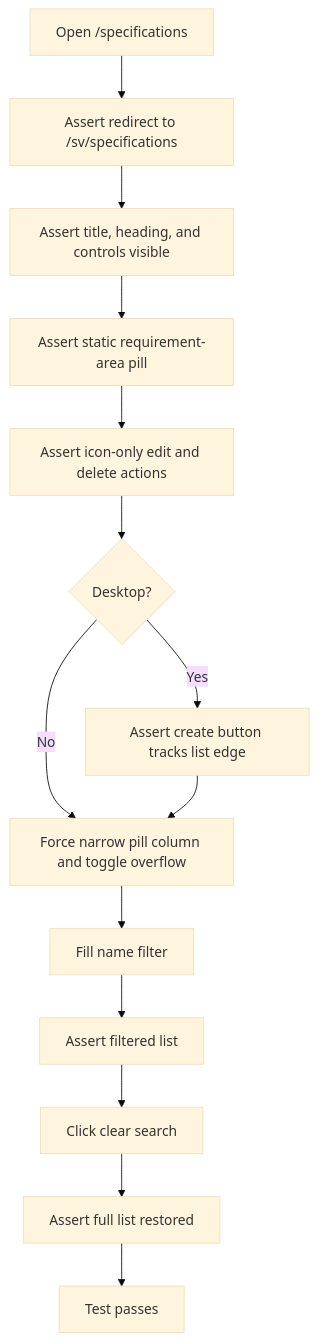
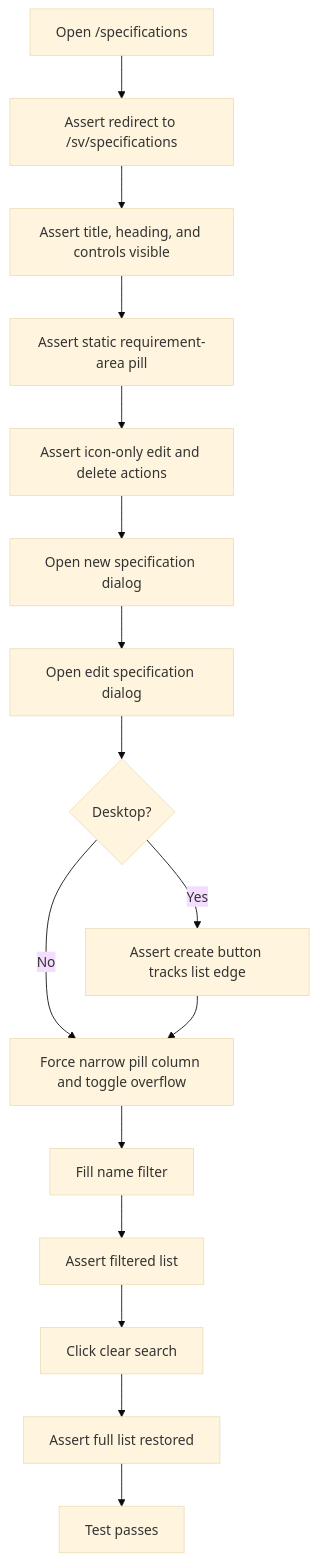
One commit to viscalyx/Kravhantering changed the first of 3 diagrams in tests/integration/specifications-list.md. Above: the diagram before and after it, drawn with Mermaid (base theme). The commit also changed other lines of this file and 28 other files, not shown here.

````diff
--- a/tests/integration/specifications-list.md
+++ b/tests/integration/specifications-list.md
@@ -15,16 +16,18 @@
 ```mermaid
 flowchart TD
     A[Open /specifications] --> A1[Assert redirect to /sv/specifications]
     A1 --> B[Assert title, heading, and controls visible]
     B --> B1[Assert static requirement-area pill]
     B1 --> B2[Assert icon-only edit and delete actions]
-    B2 --> C{Desktop?}
+    B2 --> B3[Open new specification dialog]
+    B3 --> B4[Open edit specification dialog]
+    B4 --> C{Desktop?}
     C -- Yes --> D[Assert create button tracks list edge]
-    C -- No --> B3[Force narrow pill column and toggle overflow]
-    D --> B3
-    B3 --> E[Fill name filter]
+    C -- No --> B5[Force narrow pill column and toggle overflow]
+    D --> B5
+    B5 --> E[Fill name filter]
     E --> F[Assert filtered list]
     F --> G[Click clear search]
     G --> H[Assert full list restored]
     H --> I[Test passes]
 ```
````
